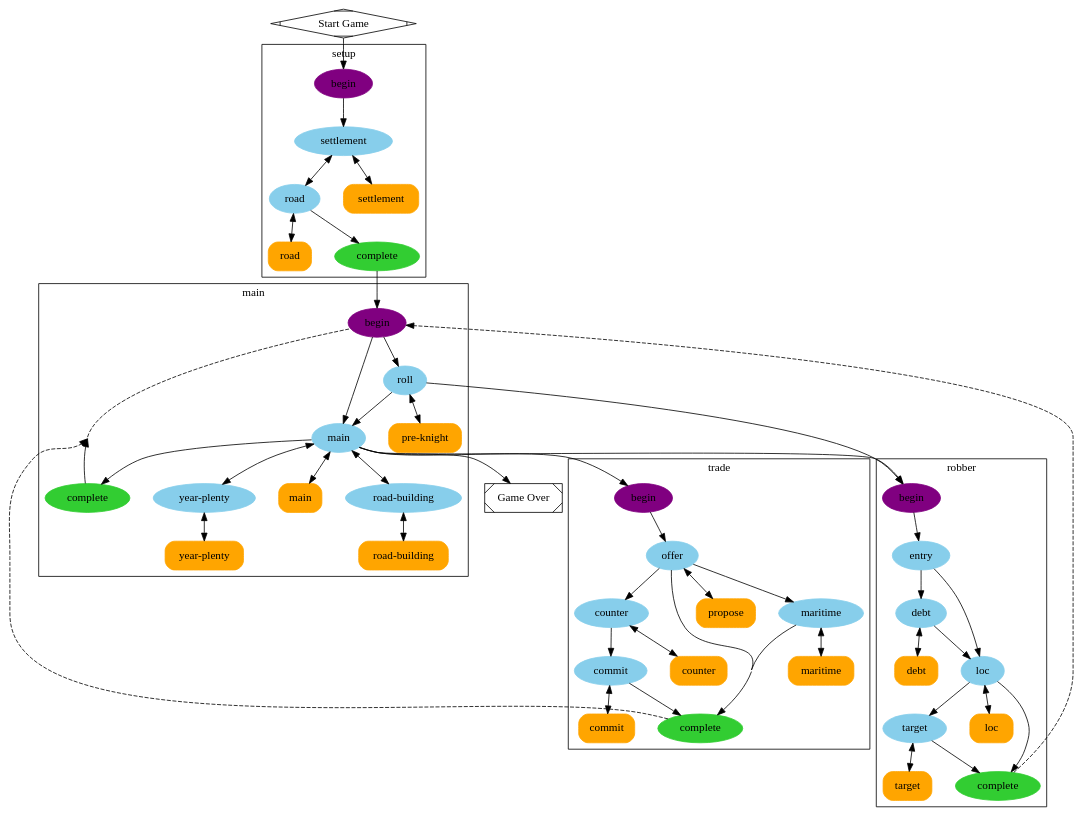
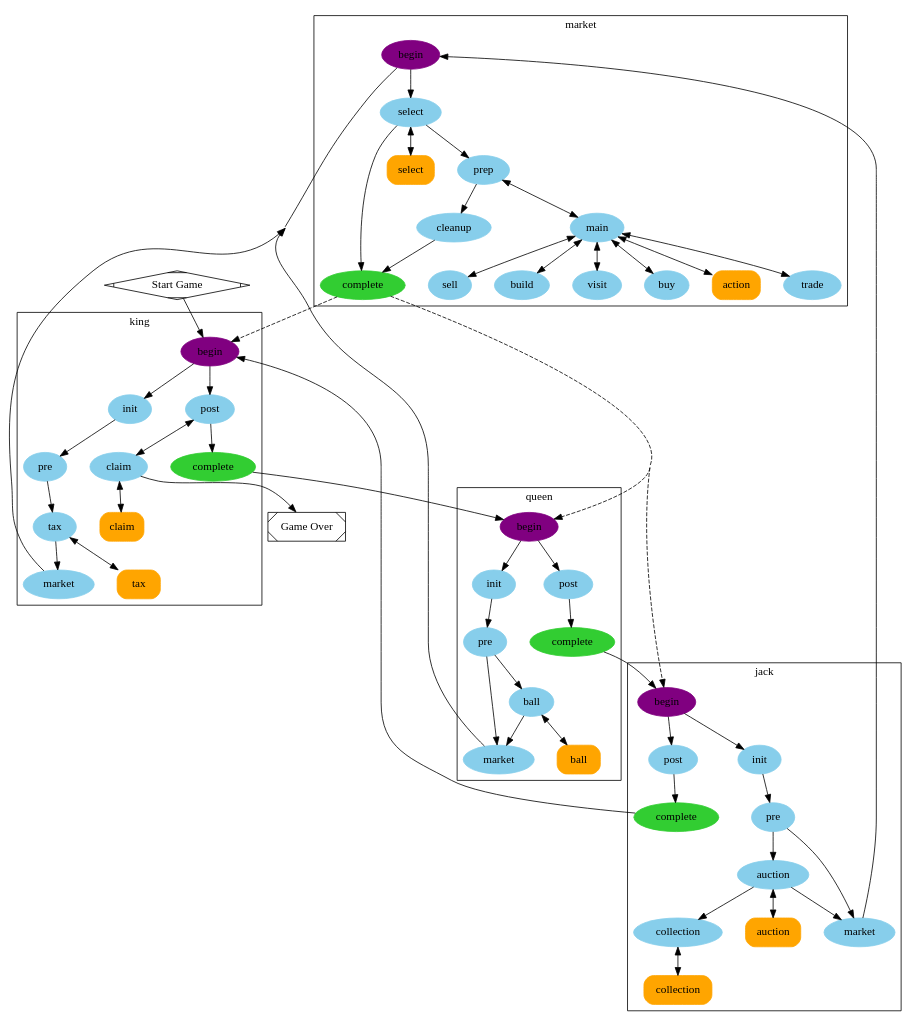
Before and after one commit to felixludos/ludos: the diagram in figures/aristocracy.gv, drawn with Graphviz. The commit also changed 9 other files, not shown here.

```diff
--- a/figures/aristocracy.gv
+++ b/figures/aristocracy.gv
@@ -1,113 +1,123 @@
 digraph G {
 	compound=true concentrate=true newrank=true nodesep=0.4 splines=true
-	subgraph cluster_setup {
-		label=setup
-		"PhaseNode(setup)" [label=begin color=purple style=filled]
-		"StageNode(setup.settlement)" [label=settlement color=skyblue style=filled]
-		"StageNode(setup.road)" [label=road color=skyblue style=filled]
-		"DecisionNode(setup.settlement)" [label=settlement color=orange shape=rect style="rounded,filled"]
-		"DecisionNode(setup.road)" [label=road color=orange shape=rect style="rounded,filled"]
-		"CompleteNode(setup complete)" [label=complete color=limegreen style=filled]
+	subgraph cluster_market {
+		label=market
+		"PhaseNode(market)" [label=begin color=purple style=filled]
+		"StageNode(market.select)" [label=select color=skyblue style=filled]
+		"StageNode(market.prep)" [label=prep color=skyblue style=filled]
+		"StageNode(market.main)" [label=main color=skyblue style=filled]
+		"StageNode(market.trade)" [label=trade color=skyblue style=filled]
+		"StageNode(market.sell)" [label=sell color=skyblue style=filled]
+		"StageNode(market.cleanup)" [label=cleanup color=skyblue style=filled]
+		"StageNode(market.build)" [label=build color=skyblue style=filled]
+		"StageNode(market.visit)" [label=visit color=skyblue style=filled]
+		"StageNode(market.buy)" [label=buy color=skyblue style=filled]
+		"DecisionNode(market.select)" [label=select color=orange shape=rect style="rounded,filled"]
+		"DecisionNode(market.action)" [label=action color=orange shape=rect style="rounded,filled"]
+		"CompleteNode(market complete)" [label=complete color=limegreen style=filled]
 	}
-	subgraph cluster_main {
-		label=main
-		"PhaseNode(main)" [label=begin color=purple style=filled]
-		"StageNode(main.roll)" [label=roll color=skyblue style=filled]
-		"StageNode(main.main)" [label=main color=skyblue style=filled]
-		"StageNode(main.road-building)" [label="road-building" color=skyblue style=filled]
-		"StageNode(main.year-plenty)" [label="year-plenty" color=skyblue style=filled]
-		"DecisionNode(main.pre-knight)" [label="pre-knight" color=orange shape=rect style="rounded,filled"]
-		"DecisionNode(main.main)" [label=main color=orange shape=rect style="rounded,filled"]
-		"DecisionNode(main.road-building)" [label="road-building" color=orange shape=rect style="rounded,filled"]
-		"DecisionNode(main.year-plenty)" [label="year-plenty" color=orange shape=rect style="rounded,filled"]
-		"CompleteNode(main complete)" [label=complete color=limegreen style=filled]
+	subgraph cluster_king {
+		label=king
+		"PhaseNode(king)" [label=begin color=purple style=filled]
+		"StageNode(king.pre)" [label=pre color=skyblue style=filled]
+		"StageNode(king.tax)" [label=tax color=skyblue style=filled]
+		"StageNode(king.post)" [label=post color=skyblue style=filled]
+		"StageNode(king.claim)" [label=claim color=skyblue style=filled]
+		"StageNode(king.init)" [label=init color=skyblue style=filled]
+		"StageNode(king.market)" [label=market color=skyblue style=filled]
+		"DecisionNode(king.tax)" [label=tax color=orange shape=rect style="rounded,filled"]
+		"DecisionNode(king.claim)" [label=claim color=orange shape=rect style="rounded,filled"]
+		"CompleteNode(king complete)" [label=complete color=limegreen style=filled]
 	}
-	subgraph cluster_trade {
-		label=trade
-		"PhaseNode(trade)" [label=begin color=purple style=filled]
-		"StageNode(trade.offer)" [label=offer color=skyblue style=filled]
-		"StageNode(trade.counter)" [label=counter color=skyblue style=filled]
-		"StageNode(trade.commit)" [label=commit color=skyblue style=filled]
-		"StageNode(trade.maritime)" [label=maritime color=skyblue style=filled]
-		"DecisionNode(trade.propose)" [label=propose color=orange shape=rect style="rounded,filled"]
-		"DecisionNode(trade.counter)" [label=counter color=orange shape=rect style="rounded,filled"]
-		"DecisionNode(trade.commit)" [label=commit color=orange shape=rect style="rounded,filled"]
-		"DecisionNode(trade.maritime)" [label=maritime color=orange shape=rect style="rounded,filled"]
-		"CompleteNode(trade complete)" [label=complete color=limegreen style=filled]
+	subgraph cluster_queen {
+		label=queen
+		"PhaseNode(queen)" [label=begin color=purple style=filled]
+		"StageNode(queen.pre)" [label=pre color=skyblue style=filled]
+		"StageNode(queen.ball)" [label=ball color=skyblue style=filled]
+		"StageNode(queen.post)" [label=post color=skyblue style=filled]
+		"StageNode(queen.init)" [label=init color=skyblue style=filled]
+		"StageNode(queen.market)" [label=market color=skyblue style=filled]
+		"DecisionNode(queen.ball)" [label=ball color=orange shape=rect style="rounded,filled"]
+		"CompleteNode(queen complete)" [label=complete color=limegreen style=filled]
 	}
-	subgraph cluster_robber {
-		label=robber
-		"PhaseNode(robber)" [label=begin color=purple style=filled]
-		"StageNode(robber.entry)" [label=entry color=skyblue style=filled]
-		"StageNode(robber.debt)" [label=debt color=skyblue style=filled]
-		"StageNode(robber.loc)" [label=loc color=skyblue style=filled]
-		"StageNode(robber.target)" [label=target color=skyblue style=filled]
-		"DecisionNode(robber.debt)" [label=debt color=orange shape=rect style="rounded,filled"]
-		"DecisionNode(robber.loc)" [label=loc color=orange shape=rect style="rounded,filled"]
-		"DecisionNode(robber.target)" [label=target color=orange shape=rect style="rounded,filled"]
-		"CompleteNode(robber complete)" [label=complete color=limegreen style=filled]
+	subgraph cluster_jack {
+		label=jack
+		"PhaseNode(jack)" [label=begin color=purple style=filled]
+		"StageNode(jack.pre)" [label=pre color=skyblue style=filled]
+		"StageNode(jack.auction)" [label=auction color=skyblue style=filled]
+		"StageNode(jack.collection)" [label=collection color=skyblue style=filled]
+		"StageNode(jack.post)" [label=post color=skyblue style=filled]
+		"StageNode(jack.init)" [label=init color=skyblue style=filled]
+		"StageNode(jack.market)" [label=market color=skyblue style=filled]
+		"DecisionNode(jack.auction)" [label=auction color=orange shape=rect style="rounded,filled"]
+		"DecisionNode(jack.collection)" [label=collection color=orange shape=rect style="rounded,filled"]
+		"CompleteNode(jack complete)" [label=complete color=limegreen style=filled]
 	}
 	"GameOverNode(Game Over)" [label="Game Over" shape=rect style=diagonals]
 	"StartNode(Start Game)" [label="Start Game" shape=diamond style=diagonals]
-	"PhaseNode(setup)" -> "StageNode(setup.settlement)"
-	"PhaseNode(main)" -> "StageNode(main.roll)"
-	"PhaseNode(trade)" -> "StageNode(trade.offer)"
-	"PhaseNode(robber)" -> "StageNode(robber.entry)"
-	"PhaseNode(main)" -> "StageNode(main.main)"
-	"StageNode(setup.settlement)" -> "DecisionNode(setup.settlement)"
-	"DecisionNode(setup.settlement)" -> "StageNode(setup.settlement)" [style=dotted]
-	"StageNode(setup.settlement)" -> "StageNode(setup.road)"
-	"StageNode(setup.road)" -> "DecisionNode(setup.road)"
-	"DecisionNode(setup.road)" -> "StageNode(setup.road)" [style=dotted]
-	"StageNode(setup.road)" -> "CompleteNode(setup complete)"
-	"CompleteNode(setup complete)" -> "PhaseNode(main)"
-	"StageNode(setup.road)" -> "StageNode(setup.settlement)"
-	"StageNode(main.roll)" -> "PhaseNode(robber)"
-	"StageNode(main.roll)" -> "DecisionNode(main.pre-knight)"
-	"DecisionNode(main.pre-knight)" -> "StageNode(main.roll)" [style=dotted]
-	"StageNode(main.roll)" -> "StageNode(main.main)"
-	"StageNode(main.main)" -> "DecisionNode(main.main)"
-	"DecisionNode(main.main)" -> "StageNode(main.main)" [style=dotted]
-	"StageNode(main.main)" -> "CompleteNode(main complete)"
-	"CompleteNode(main complete)" -> "PhaseNode(main)"
-	"StageNode(main.main)" -> "PhaseNode(trade)"
-	"StageNode(main.main)" -> "PhaseNode(robber)"
-	"StageNode(main.main)" -> "StageNode(main.year-plenty)"
-	"StageNode(main.main)" -> "StageNode(main.road-building)"
-	"StageNode(main.main)" -> "GameOverNode(Game Over)"
-	"StageNode(main.road-building)" -> "StageNode(main.main)"
-	"StageNode(main.road-building)" -> "DecisionNode(main.road-building)"
-	"DecisionNode(main.road-building)" -> "StageNode(main.road-building)" [style=dotted]
-	"StageNode(main.year-plenty)" -> "DecisionNode(main.year-plenty)"
-	"DecisionNode(main.year-plenty)" -> "StageNode(main.year-plenty)" [style=dotted]
-	"StageNode(main.year-plenty)" -> "StageNode(main.main)"
-	"StageNode(trade.offer)" -> "CompleteNode(trade complete)"
-	"CompleteNode(trade complete)" -> "PhaseNode(main)" [style=dashed]
-	"StageNode(trade.offer)" -> "StageNode(trade.maritime)"
-	"StageNode(trade.offer)" -> "StageNode(trade.counter)"
-	"StageNode(trade.offer)" -> "DecisionNode(trade.propose)"
-	"DecisionNode(trade.propose)" -> "StageNode(trade.offer)" [style=dotted]
-	"StageNode(trade.counter)" -> "StageNode(trade.commit)"
-	"StageNode(trade.counter)" -> "DecisionNode(trade.counter)"
-	"DecisionNode(trade.counter)" -> "StageNode(trade.counter)" [style=dotted]
-	"StageNode(trade.commit)" -> "DecisionNode(trade.commit)"
-	"DecisionNode(trade.commit)" -> "StageNode(trade.commit)" [style=dotted]
-	"StageNode(trade.commit)" -> "CompleteNode(trade complete)"
-	"StageNode(trade.maritime)" -> "DecisionNode(trade.maritime)"
-	"DecisionNode(trade.maritime)" -> "StageNode(trade.maritime)" [style=dotted]
-	"StageNode(trade.maritime)" -> "CompleteNode(trade complete)"
-	"StageNode(robber.entry)" -> "StageNode(robber.debt)"
-	"StageNode(robber.entry)" -> "StageNode(robber.loc)"
-	"StageNode(robber.debt)" -> "DecisionNode(robber.debt)"
-	"DecisionNode(robber.debt)" -> "StageNode(robber.debt)" [style=dotted]
-	"StageNode(robber.debt)" -> "StageNode(robber.loc)"
-	"StageNode(robber.loc)" -> "DecisionNode(robber.loc)"
-	"DecisionNode(robber.loc)" -> "StageNode(robber.loc)" [style=dotted]
-	"StageNode(robber.loc)" -> "CompleteNode(robber complete)"
-	"CompleteNode(robber complete)" -> "PhaseNode(main)" [style=dashed]
-	"StageNode(robber.loc)" -> "StageNode(robber.target)"
-	"StageNode(robber.target)" -> "DecisionNode(robber.target)"
-	"DecisionNode(robber.target)" -> "StageNode(robber.target)" [style=dotted]
-	"StageNode(robber.target)" -> "CompleteNode(robber complete)"
-	"StartNode(Start Game)" -> "PhaseNode(setup)"
+	"PhaseNode(market)" -> "StageNode(market.select)"
+	"PhaseNode(king)" -> "StageNode(king.init)"
+	"PhaseNode(queen)" -> "StageNode(queen.init)"
+	"PhaseNode(jack)" -> "StageNode(jack.init)"
+	"PhaseNode(king)" -> "StageNode(king.post)"
+	"PhaseNode(queen)" -> "StageNode(queen.post)"
+	"PhaseNode(jack)" -> "StageNode(jack.post)"
+	"StageNode(market.select)" -> "CompleteNode(market complete)"
+	"CompleteNode(market complete)" -> "PhaseNode(king)" [style=dashed]
+	"CompleteNode(market complete)" -> "PhaseNode(jack)" [style=dashed]
+	"CompleteNode(market complete)" -> "PhaseNode(queen)" [style=dashed]
+	"StageNode(market.select)" -> "StageNode(market.prep)"
+	"StageNode(market.select)" -> "DecisionNode(market.select)"
+	"DecisionNode(market.select)" -> "StageNode(market.select)" [style=dotted]
+	"StageNode(market.prep)" -> "StageNode(market.cleanup)"
+	"StageNode(market.prep)" -> "StageNode(market.main)"
+	"StageNode(market.main)" -> "StageNode(market.trade)"
+	"StageNode(market.main)" -> "StageNode(market.sell)"
+	"StageNode(market.main)" -> "StageNode(market.prep)"
+	"StageNode(market.main)" -> "DecisionNode(market.action)"
+	"DecisionNode(market.action)" -> "StageNode(market.main)" [style=dotted]
+	"StageNode(market.main)" -> "StageNode(market.build)"
+	"StageNode(market.main)" -> "StageNode(market.visit)"
+	"StageNode(market.main)" -> "StageNode(market.buy)"
+	"StageNode(market.trade)" -> "StageNode(market.main)"
+	"StageNode(market.sell)" -> "StageNode(market.main)"
+	"StageNode(market.cleanup)" -> "CompleteNode(market complete)"
+	"StageNode(market.build)" -> "StageNode(market.main)"
+	"StageNode(market.visit)" -> "StageNode(market.main)"
+	"StageNode(market.buy)" -> "StageNode(market.main)"
+	"StageNode(king.pre)" -> "StageNode(king.tax)"
+	"StageNode(king.tax)" -> "DecisionNode(king.tax)"
+	"DecisionNode(king.tax)" -> "StageNode(king.tax)" [style=dotted]
+	"StageNode(king.tax)" -> "StageNode(king.market)"
+	"StageNode(king.post)" -> "StageNode(king.claim)"
+	"StageNode(king.post)" -> "CompleteNode(king complete)"
+	"CompleteNode(king complete)" -> "PhaseNode(queen)"
+	"StageNode(king.claim)" -> "DecisionNode(king.claim)"
+	"DecisionNode(king.claim)" -> "StageNode(king.claim)" [style=dotted]
+	"StageNode(king.claim)" -> "GameOverNode(Game Over)"
+	"StageNode(king.claim)" -> "StageNode(king.post)"
+	"StageNode(king.init)" -> "StageNode(king.pre)"
+	"StageNode(king.market)" -> "PhaseNode(market)"
+	"StageNode(queen.pre)" -> "StageNode(queen.ball)"
+	"StageNode(queen.pre)" -> "StageNode(queen.market)"
+	"StageNode(queen.ball)" -> "StageNode(queen.market)"
+	"StageNode(queen.ball)" -> "DecisionNode(queen.ball)"
+	"DecisionNode(queen.ball)" -> "StageNode(queen.ball)" [style=dotted]
+	"StageNode(queen.post)" -> "CompleteNode(queen complete)"
+	"CompleteNode(queen complete)" -> "PhaseNode(jack)"
+	"StageNode(queen.init)" -> "StageNode(queen.pre)"
+	"StageNode(queen.market)" -> "PhaseNode(market)"
+	"StageNode(jack.pre)" -> "StageNode(jack.auction)"
+	"StageNode(jack.pre)" -> "StageNode(jack.market)"
+	"StageNode(jack.auction)" -> "StageNode(jack.collection)"
+	"StageNode(jack.auction)" -> "StageNode(jack.market)"
+	"StageNode(jack.auction)" -> "DecisionNode(jack.auction)"
+	"DecisionNode(jack.auction)" -> "StageNode(jack.auction)" [style=dotted]
+	"StageNode(jack.collection)" -> "DecisionNode(jack.collection)"
+	"DecisionNode(jack.collection)" -> "StageNode(jack.collection)" [style=dotted]
+	"StageNode(jack.post)" -> "CompleteNode(jack complete)"
+	"CompleteNode(jack complete)" -> "PhaseNode(king)"
+	"StageNode(jack.init)" -> "StageNode(jack.pre)"
+	"StageNode(jack.market)" -> "PhaseNode(market)"
+	"StartNode(Start Game)" -> "PhaseNode(king)"
 }
```
